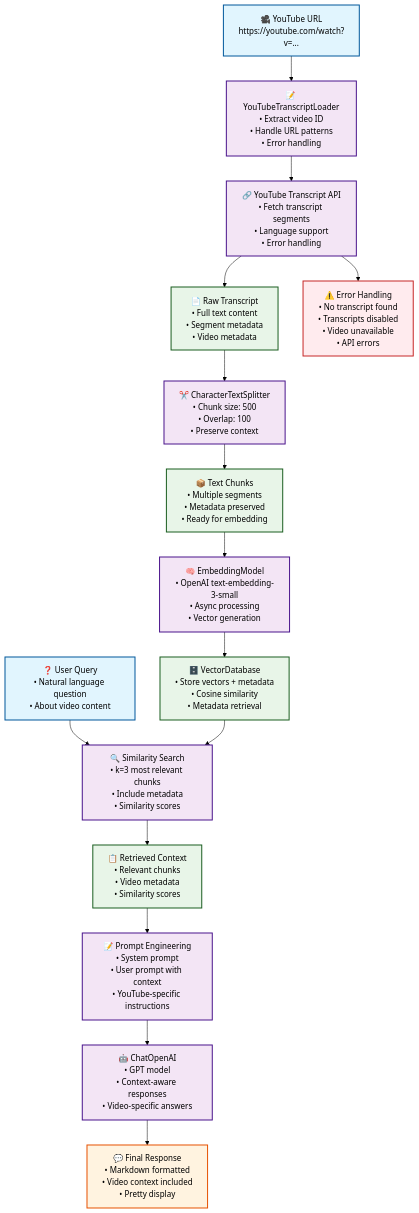
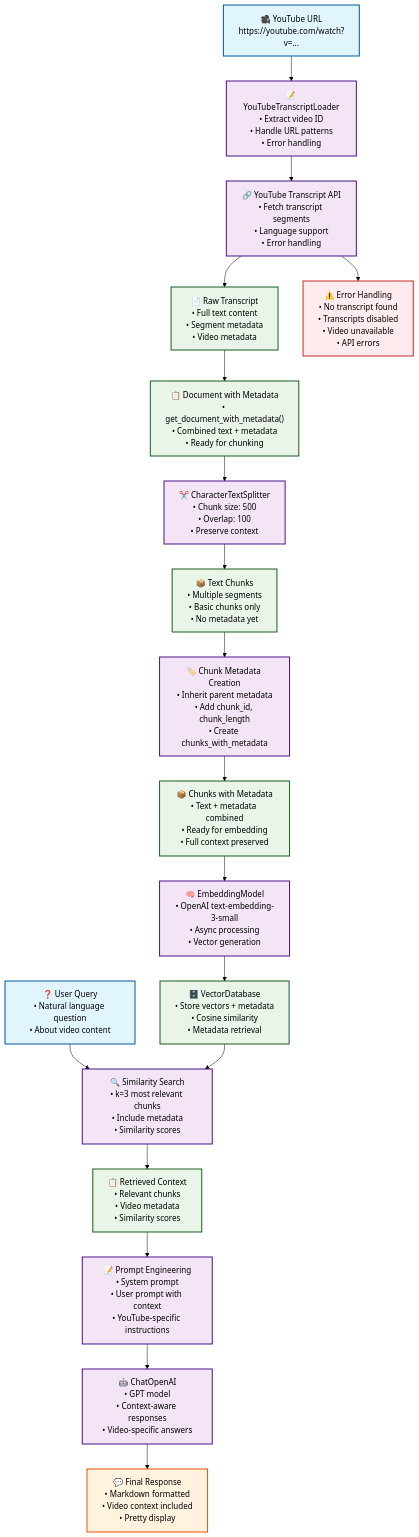
One commit to anilsharmay/AI-Engineering-Bootcamp changed the diagram in 02_Embeddings_and_RAG/YouTube_RAG_Architecture.md. Above: the diagram before and after it, drawn with Mermaid (forest theme). The commit also changed other lines of this file, not shown here.

Commit message:
Fix diagram: add missing metadata creation steps and correct flow

````diff
--- a/02_Embeddings_and_RAG/YouTube_RAG_Architecture.md
+++ b/02_Embeddings_and_RAG/YouTube_RAG_Architecture.md
@@ -3,66 +3,72 @@
 ```mermaid
 graph TB
     %% Input Layer
     YT_URL["🎥 YouTube URL<br/>https://youtube.com/watch?v=..."]
     
     %% YouTube Transcript Processing
     YT_LOADER["📝 YouTubeTranscriptLoader<br/>• Extract video ID<br/>• Handle URL patterns<br/>• Error handling"]
     YT_API["🔗 YouTube Transcript API<br/>• Fetch transcript segments<br/>• Language support<br/>• Error handling"]
     
     %% Text Processing
     TRANSCRIPT["📄 Raw Transcript<br/>• Full text content<br/>• Segment metadata<br/>• Video metadata"]
+    DOC_METADATA["📋 Document with Metadata<br/>• get_document_with_metadata()<br/>• Combined text + metadata<br/>• Ready for chunking"]
     SPLITTER["✂️ CharacterTextSplitter<br/>• Chunk size: 500<br/>• Overlap: 100<br/>• Preserve context"]
-    CHUNKS["📦 Text Chunks<br/>• Multiple segments<br/>• Metadata preserved<br/>• Ready for embedding"]
+    CHUNKS["📦 Text Chunks<br/>• Multiple segments<br/>• Basic chunks only<br/>• No metadata yet"]
+    CHUNK_METADATA["🏷️ Chunk Metadata Creation<br/>• Inherit parent metadata<br/>• Add chunk_id, chunk_length<br/>• Create chunks_with_metadata"]
+    CHUNKS_WITH_META["📦 Chunks with Metadata<br/>• Text + metadata combined<br/>• Ready for embedding<br/>• Full context preserved"]
     
     %% Vector Database
     EMBEDDING["🧠 EmbeddingModel<br/>• OpenAI text-embedding-3-small<br/>• Async processing<br/>• Vector generation"]
     VECTOR_DB["🗄️ VectorDatabase<br/>• Store vectors + metadata<br/>• Cosine similarity<br/>• Metadata retrieval"]
     
     %% RAG Pipeline
     USER_QUERY["❓ User Query<br/>• Natural language question<br/>• About video content"]
     RETRIEVAL["🔍 Similarity Search<br/>• k=3 most relevant chunks<br/>• Include metadata<br/>• Similarity scores"]
     CONTEXT["📋 Retrieved Context<br/>• Relevant chunks<br/>• Video metadata<br/>• Similarity scores"]
     
     %% LLM Processing
     PROMPTS["📝 Prompt Engineering<br/>• System prompt<br/>• User prompt with context<br/>• YouTube-specific instructions"]
     LLM["🤖 ChatOpenAI<br/>• GPT model<br/>• Context-aware responses<br/>• Video-specific answers"]
     
     %% Output
     RESPONSE["💬 Final Response<br/>• Markdown formatted<br/>• Video context included<br/>• Pretty display"]
     
     %% Error Handling
     ERROR_HANDLING["⚠️ Error Handling<br/>• No transcript found<br/>• Transcripts disabled<br/>• Video unavailable<br/>• API errors"]
     
     %% Flow connections
     YT_URL --> YT_LOADER
     YT_LOADER --> YT_API
     YT_API --> TRANSCRIPT
     YT_API --> ERROR_HANDLING
     
-    TRANSCRIPT --> SPLITTER
+    TRANSCRIPT --> DOC_METADATA
+    DOC_METADATA --> SPLITTER
     SPLITTER --> CHUNKS
+    CHUNKS --> CHUNK_METADATA
+    CHUNK_METADATA --> CHUNKS_WITH_META
     
-    CHUNKS --> EMBEDDING
+    CHUNKS_WITH_META --> EMBEDDING
     EMBEDDING --> VECTOR_DB
     
     USER_QUERY --> RETRIEVAL
     VECTOR_DB --> RETRIEVAL
     RETRIEVAL --> CONTEXT
     
     CONTEXT --> PROMPTS
     PROMPTS --> LLM
     LLM --> RESPONSE
     
     %% Styling
     classDef inputClass fill:#e1f5fe,stroke:#01579b,stroke-width:2px
     classDef processClass fill:#f3e5f5,stroke:#4a148c,stroke-width:2px
     classDef storageClass fill:#e8f5e8,stroke:#1b5e20,stroke-width:2px
     classDef outputClass fill:#fff3e0,stroke:#e65100,stroke-width:2px
     classDef errorClass fill:#ffebee,stroke:#c62828,stroke-width:2px
     
     class YT_URL,USER_QUERY inputClass
-    class YT_LOADER,YT_API,SPLITTER,EMBEDDING,RETRIEVAL,PROMPTS,LLM processClass
-    class TRANSCRIPT,CHUNKS,VECTOR_DB,CONTEXT storageClass
+    class YT_LOADER,YT_API,SPLITTER,CHUNK_METADATA,EMBEDDING,RETRIEVAL,PROMPTS,LLM processClass
+    class TRANSCRIPT,DOC_METADATA,CHUNKS,CHUNKS_WITH_META,VECTOR_DB,CONTEXT storageClass
     class RESPONSE outputClass
     class ERROR_HANDLING errorClass
 ```
````
